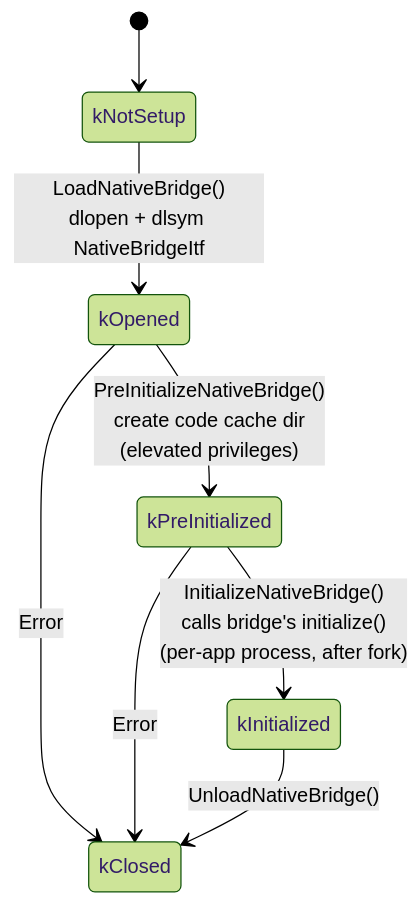
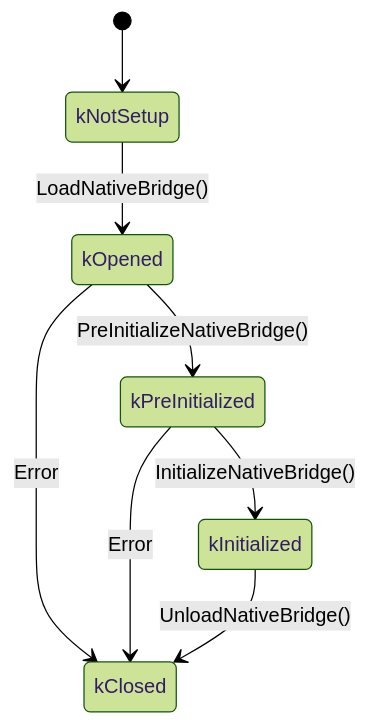
One commit to DigitalisX64/digitalis changed diagram 34 of 41 in docs/how-it-works.md. Above: the diagram before and after it, drawn with Mermaid (forest theme). The commit also changed other lines of this file, not shown here.

First line of the commit message:
docs: fix review issues — 2 content errors, 1 mermaid error, 1 warning

````diff
--- a/docs/how-it-works.md
+++ b/docs/how-it-works.md
@@ -1838,10 +1838,10 @@
 ```mermaid
 stateDiagram-v2
     [*] --> kNotSetup
-    kNotSetup --> kOpened : LoadNativeBridge()<br/>dlopen + dlsym NativeBridgeItf
-    kOpened --> kPreInitialized : PreInitializeNativeBridge()<br/>create code cache dir<br/>(elevated privileges)
-    kPreInitialized --> kInitialized : InitializeNativeBridge()<br/>calls bridge's initialize()<br/>(per-app process, after fork)
+    kNotSetup --> kOpened : LoadNativeBridge()
+    kOpened --> kPreInitialized : PreInitializeNativeBridge()
+    kPreInitialized --> kInitialized : InitializeNativeBridge()
     kOpened --> kClosed : Error
     kPreInitialized --> kClosed : Error
     kInitialized --> kClosed : UnloadNativeBridge()
 ```
````
